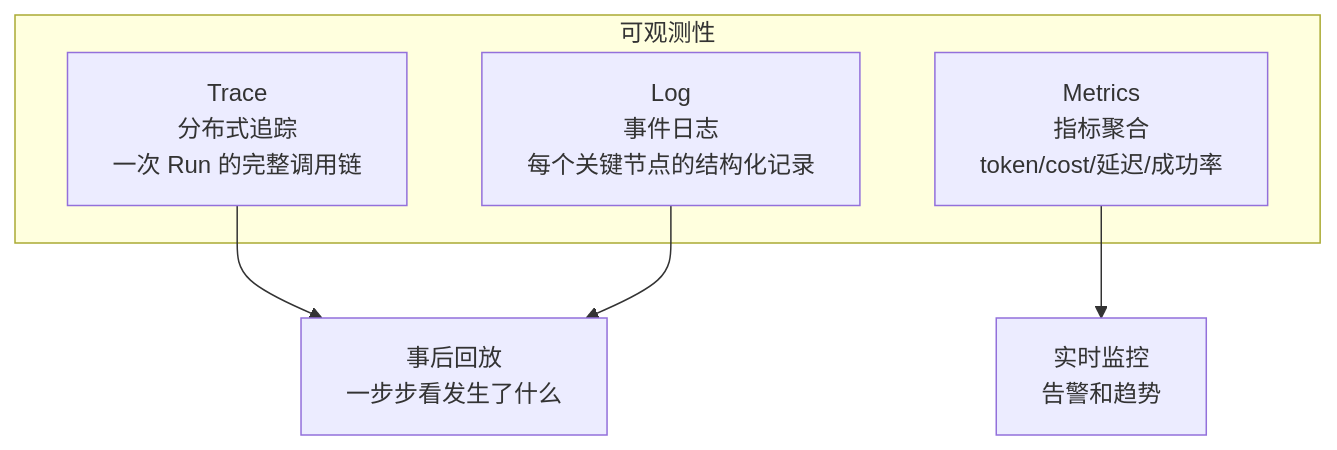
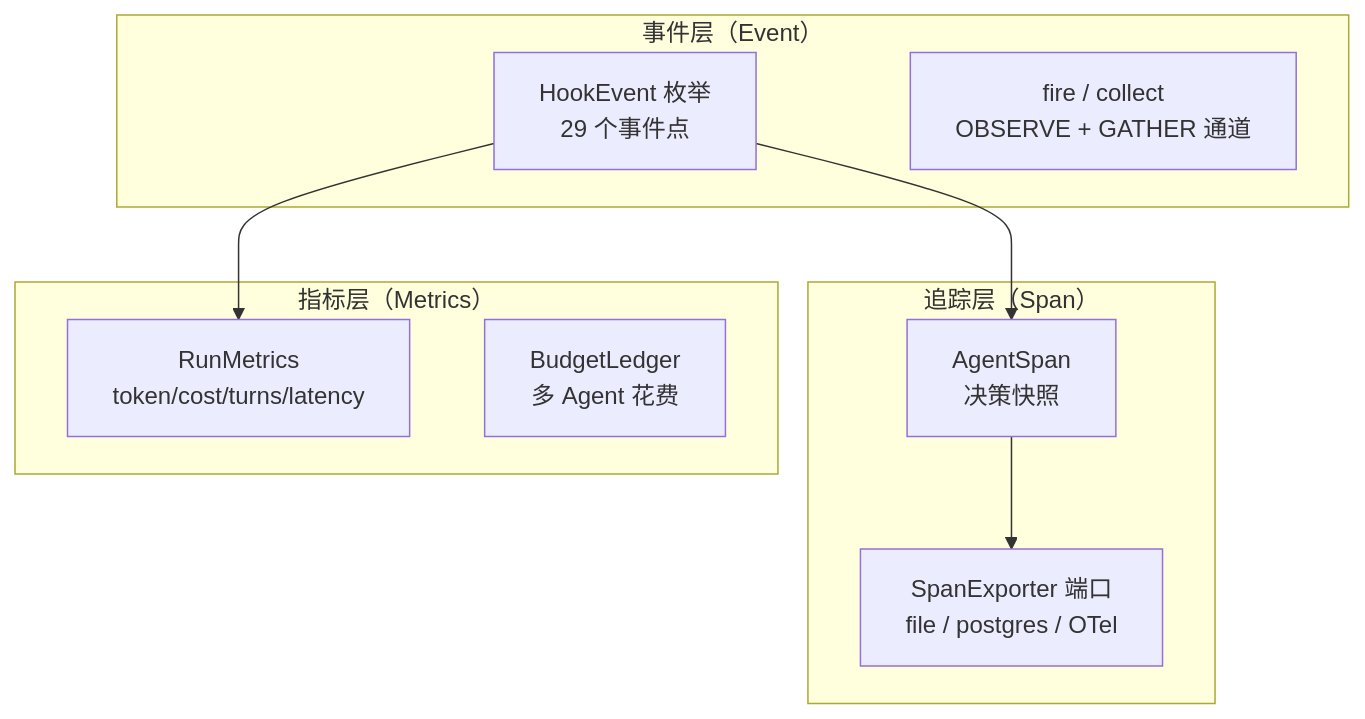
Before and after one commit to limenagent/prodagent: the second of 3 diagrams in docs/topics/observability.md, drawn with Mermaid. The commit also changed other lines of this file and 28 other files, not shown here.

````diff
--- a/docs/topics/observability.md
+++ b/docs/topics/observability.md
@@ -26,12 +32,18 @@
 ```mermaid
-graph TB
-    subgraph "可观测性"
-        TRACE["Trace<br/>分布式追踪<br/>一次 Run 的完整调用链"]
-        LOG["Log<br/>事件日志<br/>每个关键节点的结构化记录"]
-        METRICS["Metrics<br/>指标聚合<br/>token/cost/延迟/成功率"]
+graph TD
+    subgraph "事件层（Event）"
+        E1["HookEvent 枚举<br/>29 个事件点"]
+        E2["fire / collect<br/>OBSERVE + GATHER 通道"]
     end
-
-    TRACE --> DEBUG["事后回放<br/>一步步看发生了什么"]
-    LOG --> DEBUG
-    METRICS --> MONITOR["实时监控<br/>告警和趋势"]
+    subgraph "追踪层（Span）"
+        S1["AgentSpan<br/>决策快照"]
+        S2["SpanExporter 端口<br/>file / postgres / OTel"]
+    end
+    subgraph "指标层（Metrics）"
+        M1["RunMetrics<br/>token/cost/turns/latency"]
+        M2["BudgetLedger<br/>多 Agent 花费"]
+    end
+    E1 --> S1
+    E1 --> M1
+    S1 --> S2
 ```
````
